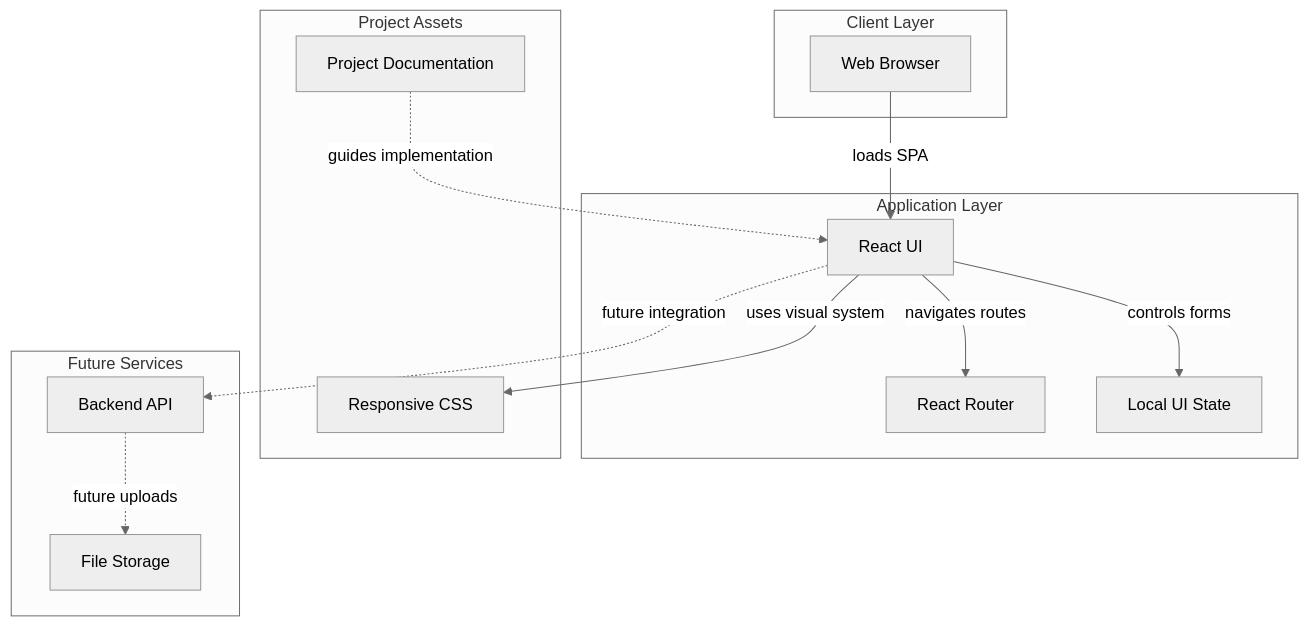
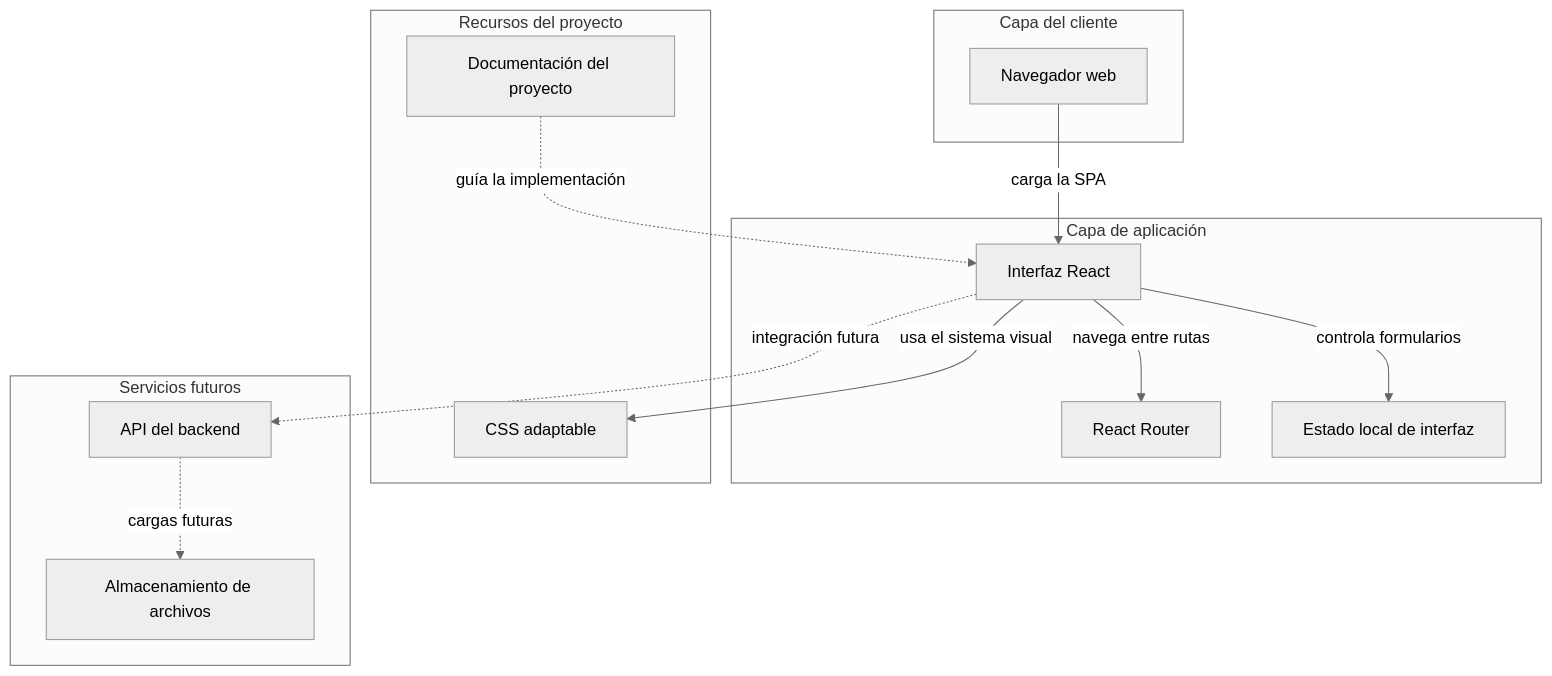
One commit to Pangust-code/frontend-tiendaBolsillo changed the first of 2 diagrams in .github/modernize/assessment/engines/facts/architecture-diagram.md. Above: the diagram before and after it, drawn with Mermaid (neutral theme). The commit also changed other lines of this file and 10 other files, not shown here.

Commit message:
docs: translate diagrams and add latex structure

```diff
--- a/.github/modernize/assessment/engines/facts/architecture-diagram.md
+++ b/.github/modernize/assessment/engines/facts/architecture-diagram.md
@@ -8,27 +8,27 @@
 ~~~mermaid
 flowchart TD
-    subgraph Client["Client Layer"]
-        Browser["Web Browser"]
+    subgraph Client["Capa del cliente"]
+        Browser["Navegador web"]
     end
-    subgraph App["Application Layer"]
-        React["React UI"]
+    subgraph App["Capa de aplicación"]
+        React["Interfaz React"]
         Router["React Router"]
-        State["Local UI State"]
+        State["Estado local de interfaz"]
     end
-    subgraph Assets["Project Assets"]
-        Styles["Responsive CSS"]
-        Docs["Project Documentation"]
+    subgraph Assets["Recursos del proyecto"]
+        Styles["CSS adaptable"]
+        Docs["Documentación del proyecto"]
     end
-    subgraph Future["Future Services"]
-        API["Backend API"]
-        Storage["File Storage"]
+    subgraph Future["Servicios futuros"]
+        API["API del backend"]
+        Storage["Almacenamiento de archivos"]
     end
 
-    Browser -->|"loads SPA"| React
-    React -->|"navigates routes"| Router
-    React -->|"controls forms"| State
-    React -->|"uses visual system"| Styles
-    React -.->|"future integration"| API
-    API -.->|"future uploads"| Storage
-    Docs -.->|"guides implementation"| React
+    Browser -->|"carga la SPA"| React
+    React -->|"navega entre rutas"| Router
+    React -->|"controla formularios"| State
+    React -->|"usa el sistema visual"| Styles
+    React -.->|"integración futura"| API
+    API -.->|"cargas futuras"| Storage
+    Docs -.->|"guía la implementación"| React
 ~~~
```
